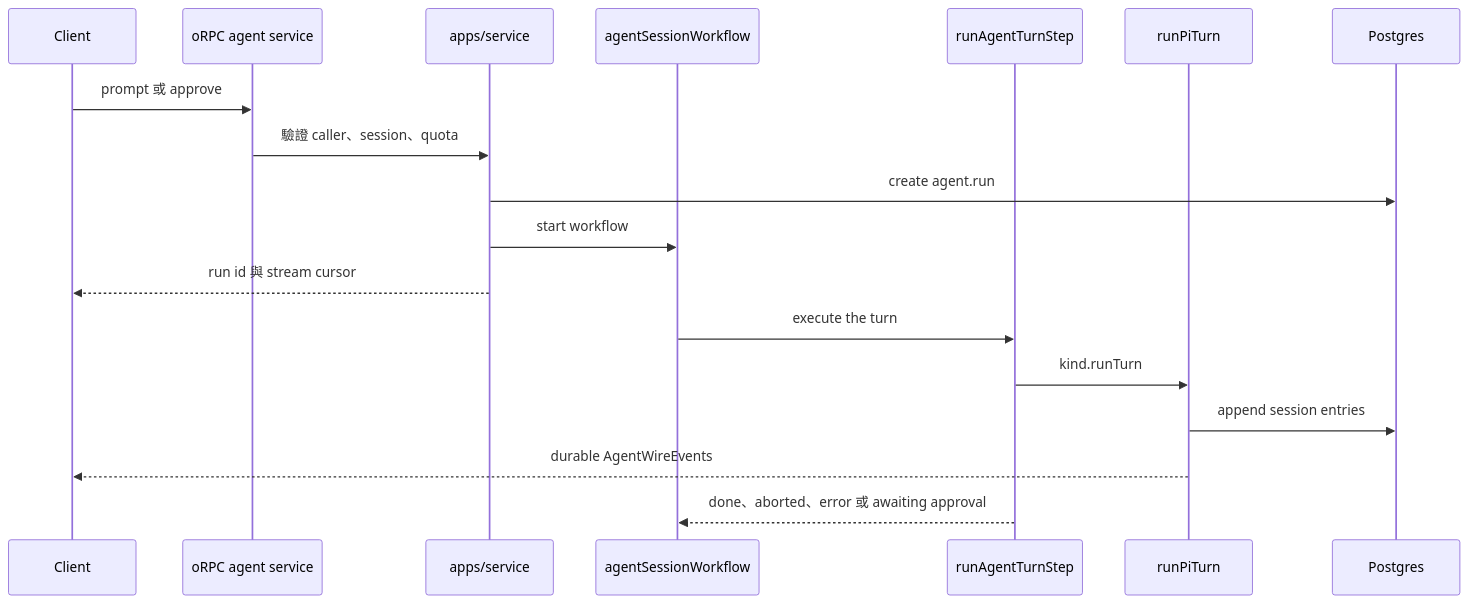
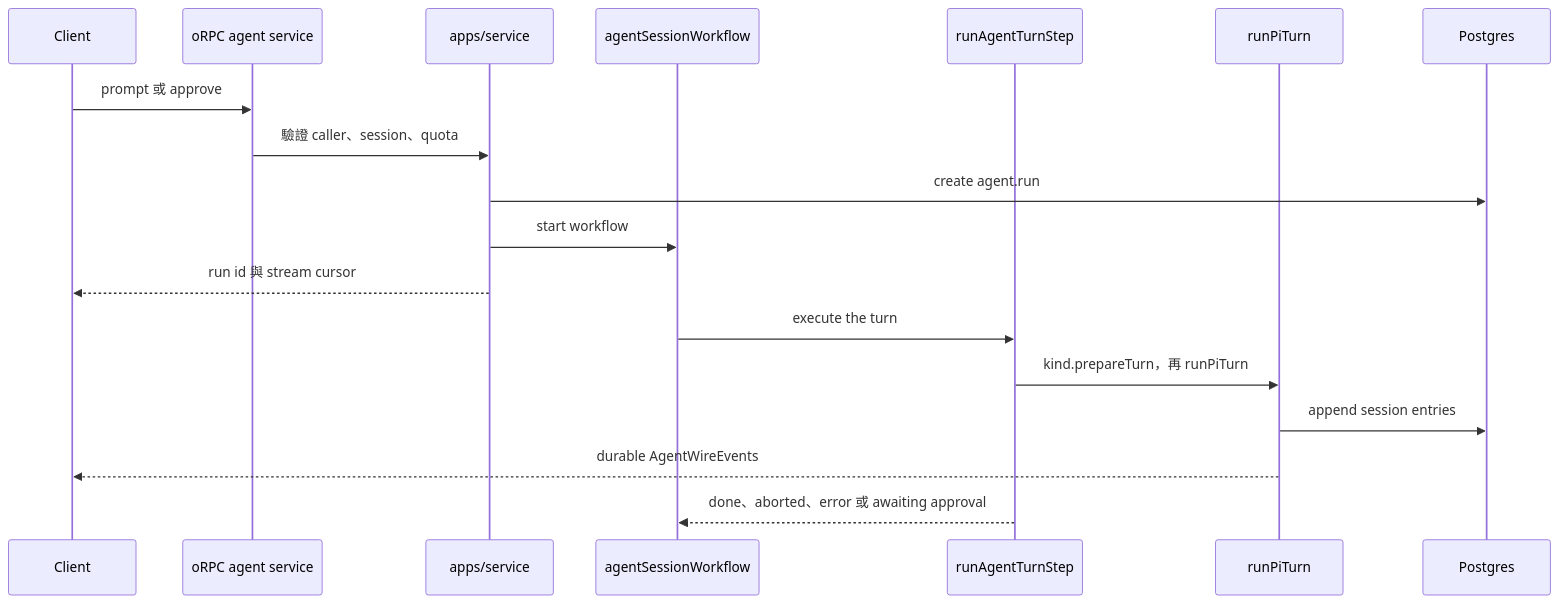
Before and after one commit to Chia1104/chia1104.dev: the second of 3 diagrams in docs/agent-architecture.zh.md, drawn with Mermaid. The commit also changed other lines of this file and 70 other files, not shown here.

````diff
--- a/docs/agent-architecture.zh.md
+++ b/docs/agent-architecture.zh.md
@@ -106,21 +106,21 @@
 ```mermaid
 sequenceDiagram
     participant UI as Client
     participant API as oRPC agent service
     participant SVC as apps/service
     participant WF as agentSessionWorkflow
     participant STEP as runAgentTurnStep
     participant RT as runPiTurn
     participant PG as Postgres
 
     UI->>API: prompt 或 approve
     API->>SVC: 驗證 caller、session、quota
     SVC->>PG: create agent.run
     SVC->>WF: start workflow
     SVC-->>UI: run id 與 stream cursor
     WF->>STEP: execute the turn
-    STEP->>RT: kind.runTurn
+    STEP->>RT: kind.prepareTurn，再 runPiTurn
     RT->>PG: append session entries
     RT-->>UI: durable AgentWireEvents
     STEP-->>WF: done、aborted、error 或 awaiting approval
 ```
````
